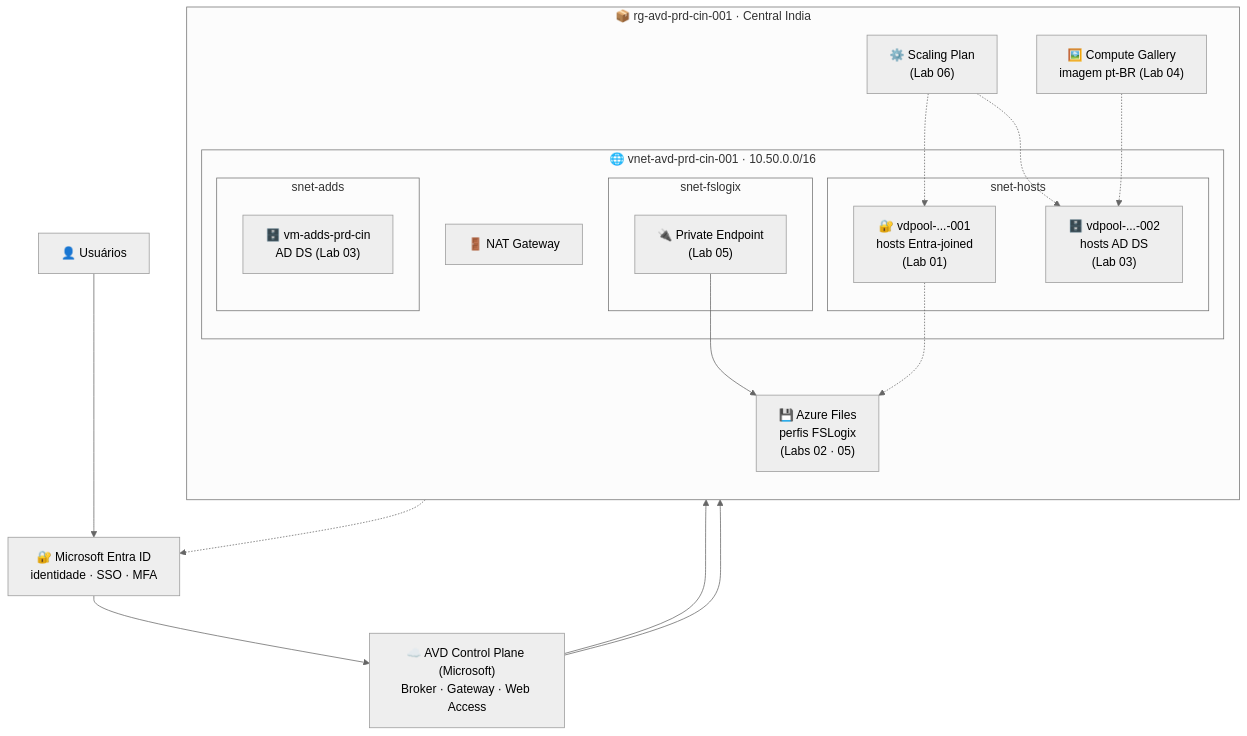
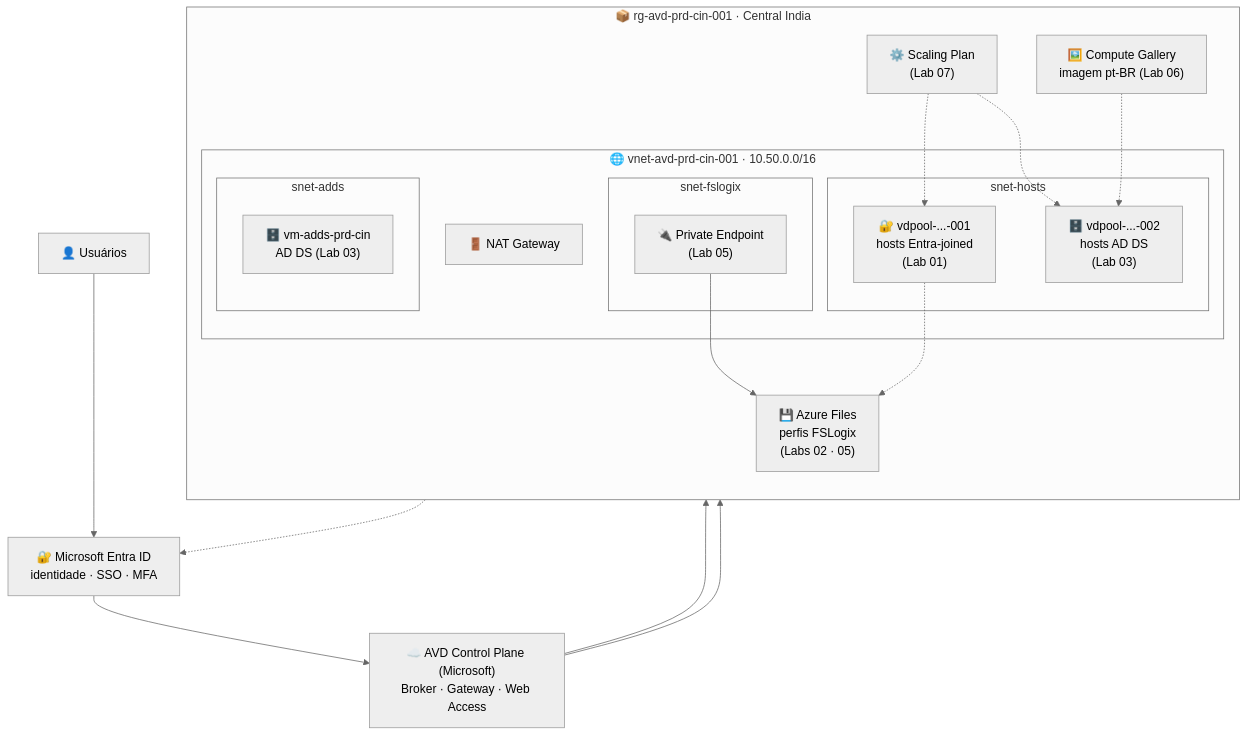
Before and after one commit to raphasi/posavd: the diagram in README.md, drawn with Mermaid (neutral theme). The commit also changed other lines of this file and 6 other files, not shown here.

Commit message:
Reorganiza trilha AD DS: novo Lab 04 (SSO/hybrid join); imagem -> Lab 06 (após FSLogix); scaling -> Lab 07; atualiza refs e README

````diff
--- a/README.md
+++ b/README.md
@@ -44,32 +45,32 @@
 ```mermaid
 flowchart TB
     U["👤 Usuários"] --> E["🔐 Microsoft Entra ID<br/>identidade · SSO · MFA"]
     E --> CP["☁️ AVD Control Plane (Microsoft)<br/>Broker · Gateway · Web Access"]
     subgraph SUB["📦 rg-avd-prd-cin-001 · Central India"]
       direction TB
       subgraph VNET["🌐 vnet-avd-prd-cin-001 · 10.50.0.0/16"]
         subgraph SH["snet-hosts"]
           P1["🔐 vdpool-...-001<br/>hosts Entra-joined<br/>(Lab 01)"]
           P2["🗄️ vdpool-...-002<br/>hosts AD DS<br/>(Lab 03)"]
         end
         subgraph SF["snet-fslogix"]
           PE["🔌 Private Endpoint<br/>(Lab 05)"]
         end
         subgraph SA["snet-adds"]
           DC["🗄️ vm-adds-prd-cin<br/>AD DS (Lab 03)"]
         end
         NAT["🚪 NAT Gateway"]
       end
       ST["💾 Azure Files<br/>perfis FSLogix<br/>(Labs 02 · 05)"]
-      GAL["🖼️ Compute Gallery<br/>imagem pt-BR (Lab 04)"]
-      SCALE["⚙️ Scaling Plan<br/>(Lab 06)"]
+      GAL["🖼️ Compute Gallery<br/>imagem pt-BR (Lab 06)"]
+      SCALE["⚙️ Scaling Plan<br/>(Lab 07)"]
     end
     CP --> P1
     CP --> P2
     P1 -.-> ST
     PE --> ST
     DC -.-> E
     GAL -.-> P2
     SCALE -.-> P1
     SCALE -.-> P2
 ```
````
